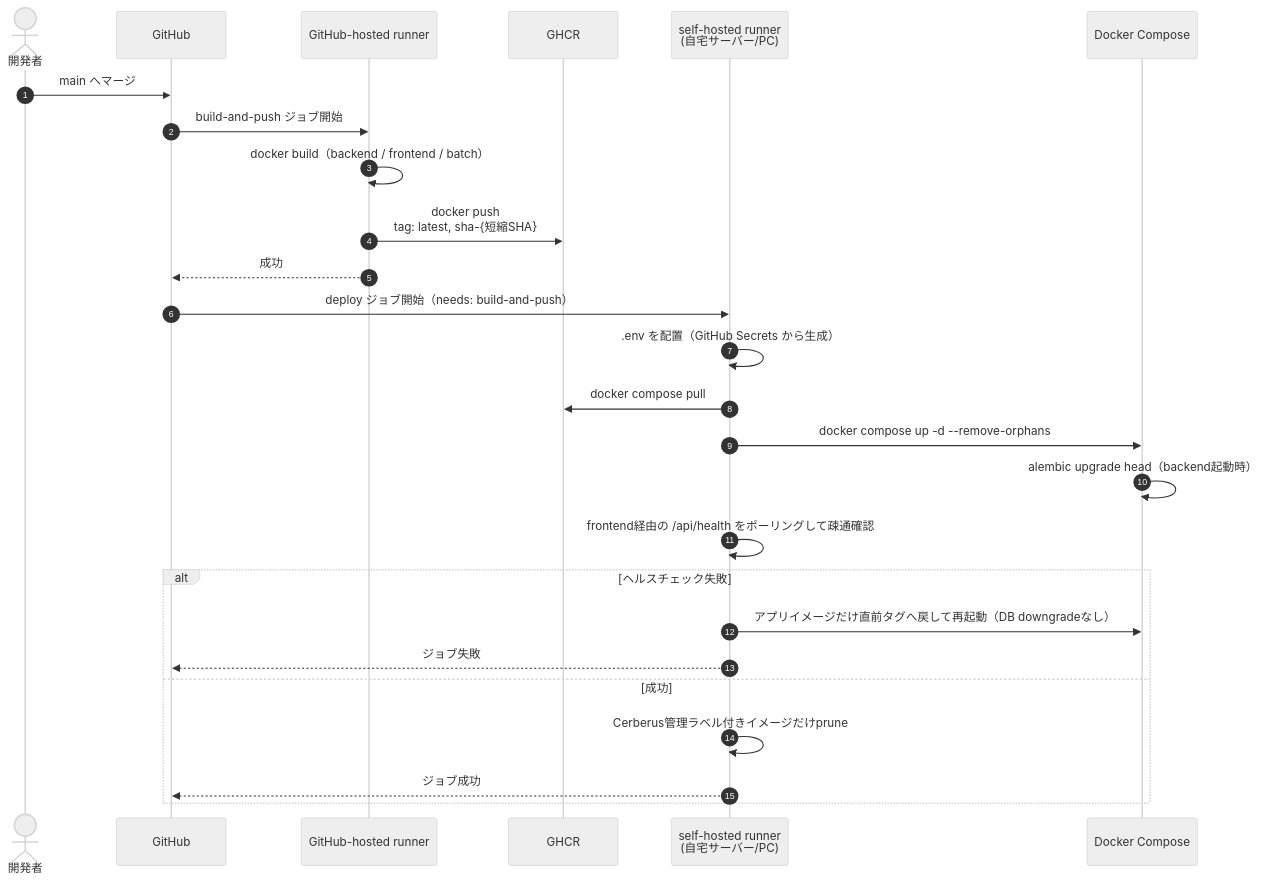
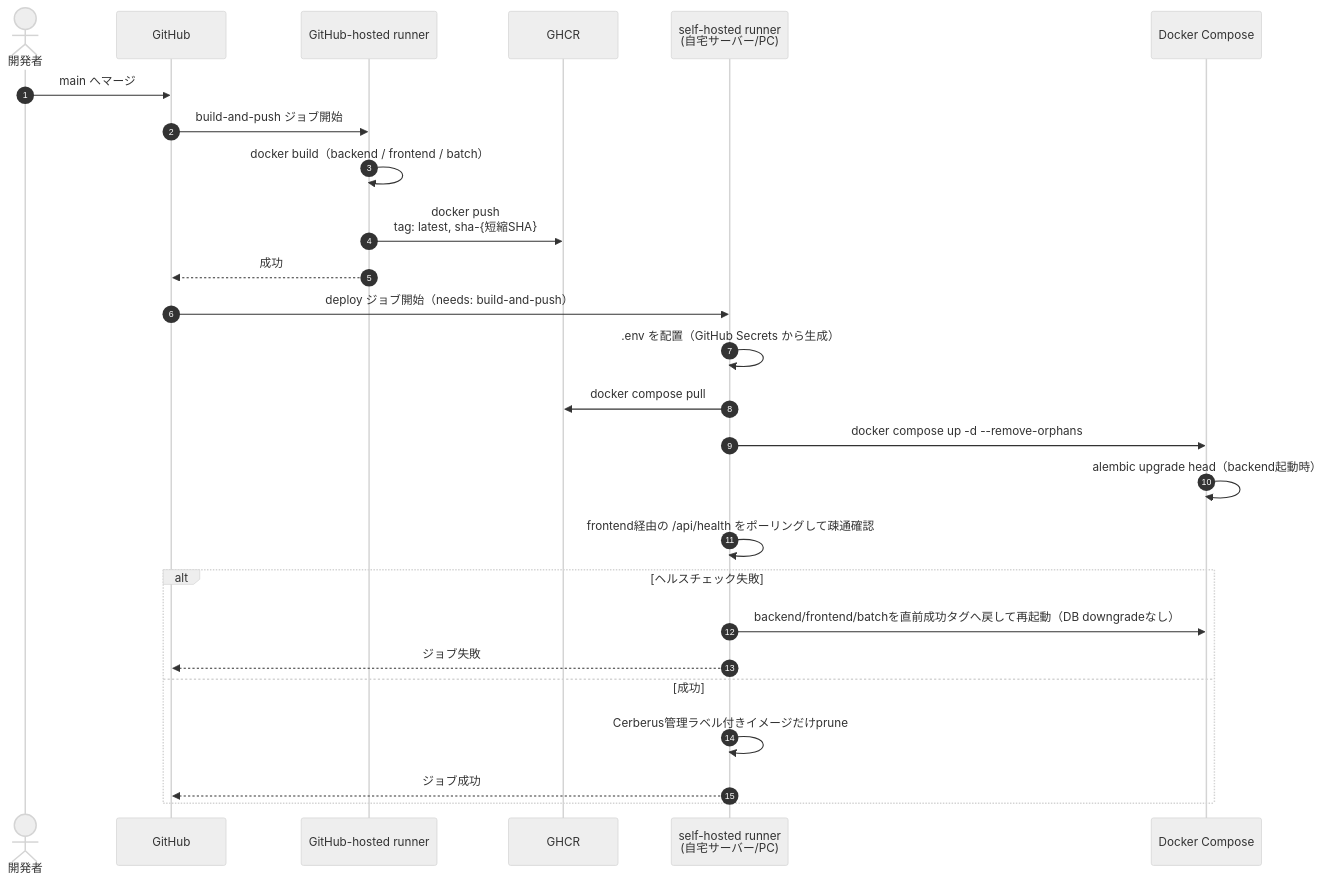
One commit to oikawa-d/task_management changed the third of 3 diagrams in basic_design/06_infra_cicd.md. Above: the diagram before and after it, drawn with Mermaid (neutral theme). The commit also changed other lines of this file and 14 other files, not shown here.

````diff
--- a/basic_design/06_infra_cicd.md
+++ b/basic_design/06_infra_cicd.md
@@ -274,29 +274,29 @@
 ```mermaid
 sequenceDiagram
     autonumber
     actor DEV as 開発者
     participant GH as GitHub
     participant RUN as GitHub-hosted runner
     participant GHCR as GHCR
     participant SELF as self-hosted runner<br/>(自宅サーバー/PC)
     participant DC as Docker Compose
 
     DEV->>GH: main へマージ
     GH->>RUN: build-and-push ジョブ開始
     RUN->>RUN: docker build（backend / frontend / batch）
     RUN->>GHCR: docker push<br/>tag: latest, sha-{短縮SHA}
     RUN-->>GH: 成功
     GH->>SELF: deploy ジョブ開始（needs: build-and-push）
     SELF->>SELF: .env を配置（GitHub Secrets から生成）
     SELF->>GHCR: docker compose pull
     SELF->>DC: docker compose up -d --remove-orphans
     DC->>DC: alembic upgrade head（backend起動時）
     SELF->>SELF: frontend経由の /api/health をポーリングして疎通確認
     alt ヘルスチェック失敗
-        SELF->>DC: アプリイメージだけ直前タグへ戻して再起動（DB downgradeなし）
+        SELF->>DC: backend/frontend/batchを直前成功タグへ戻して再起動（DB downgradeなし）
         SELF-->>GH: ジョブ失敗
     else 成功
         SELF->>SELF: Cerberus管理ラベル付きイメージだけprune
         SELF-->>GH: ジョブ成功
     end
 ```
````
